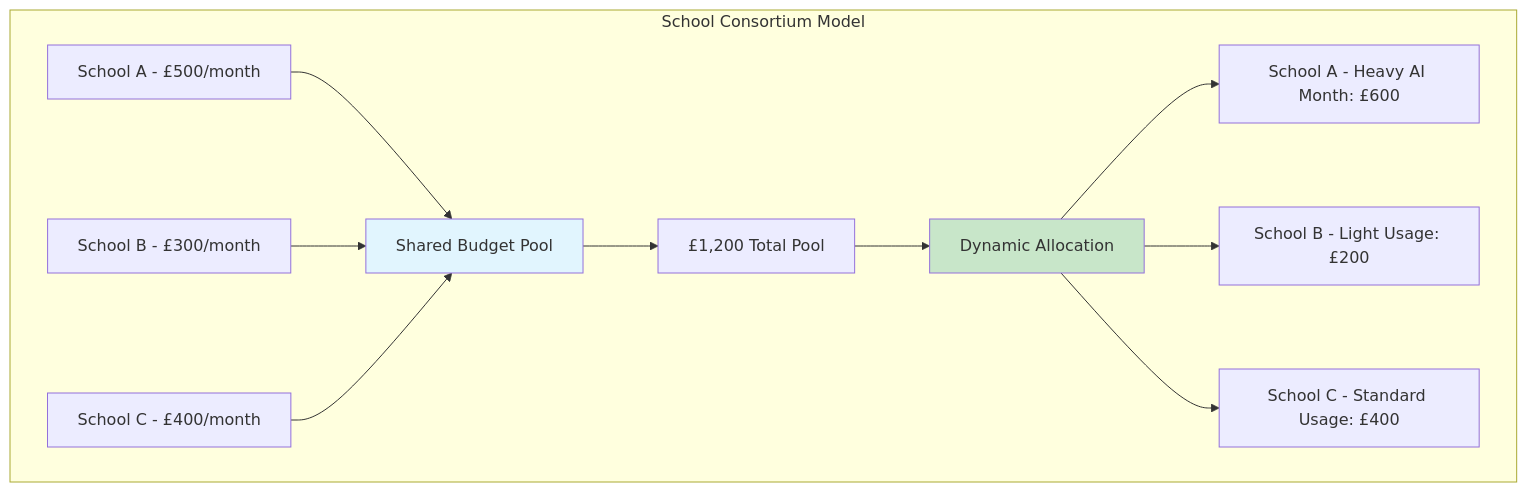
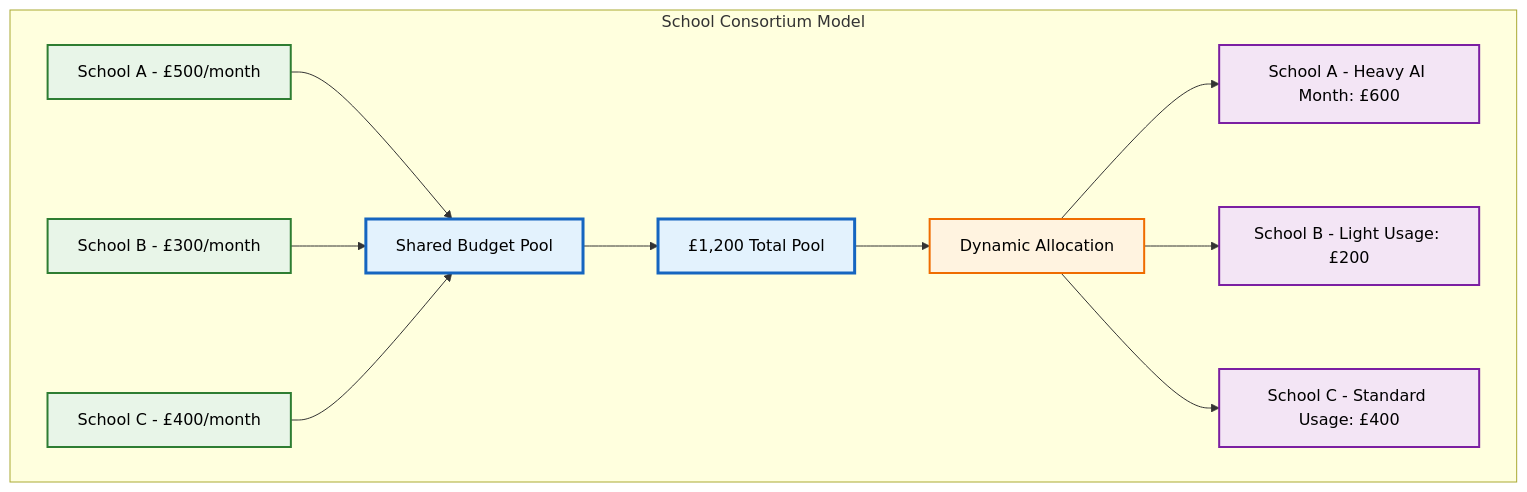
Before and after one commit to victorsaly/WorldLeadersGame: the eighth of 9 diagrams in docs/_posts/2025-08-08-azure-cost-optimization-educational-platforms-per-user-attribution.md, drawn with Mermaid. The commit also changed other lines of this file and 1 other file, not shown here.

````diff
--- a/docs/_posts/2025-08-08-azure-cost-optimization-educational-platforms-per-user-attribution.md
+++ b/docs/_posts/2025-08-08-azure-cost-optimization-educational-platforms-per-user-attribution.md
@@ -644,18 +715,26 @@
 ```mermaid
 graph TB
     subgraph "School Consortium Model"
         A[School A - £500/month] --> D[Shared Budget Pool]
         B[School B - £300/month] --> D
         C[School C - £400/month] --> D
         
         D --> E[£1,200 Total Pool]
         E --> F[Dynamic Allocation]
         
         F --> G[School A - Heavy AI Month: £600]
         F --> H[School B - Light Usage: £200]
         F --> I[School C - Standard Usage: £400]
     end
     
-    style D fill:#e1f5fe
-    style F fill:#c8e6c9
+    %% Enhanced styling for collaboration theme
+    classDef schools fill:#e8f5e8,stroke:#2e7d32,stroke-width:2px,color:#000
+    classDef pool fill:#e3f2fd,stroke:#1565c0,stroke-width:3px,color:#000
+    classDef allocation fill:#fff3e0,stroke:#ef6c00,stroke-width:2px,color:#000
+    classDef usage fill:#f3e5f5,stroke:#7b1fa2,stroke-width:2px,color:#000
+    
+    class A,B,C schools
+    class D,E pool
+    class F allocation
+    class G,H,I usage
 ```
````
